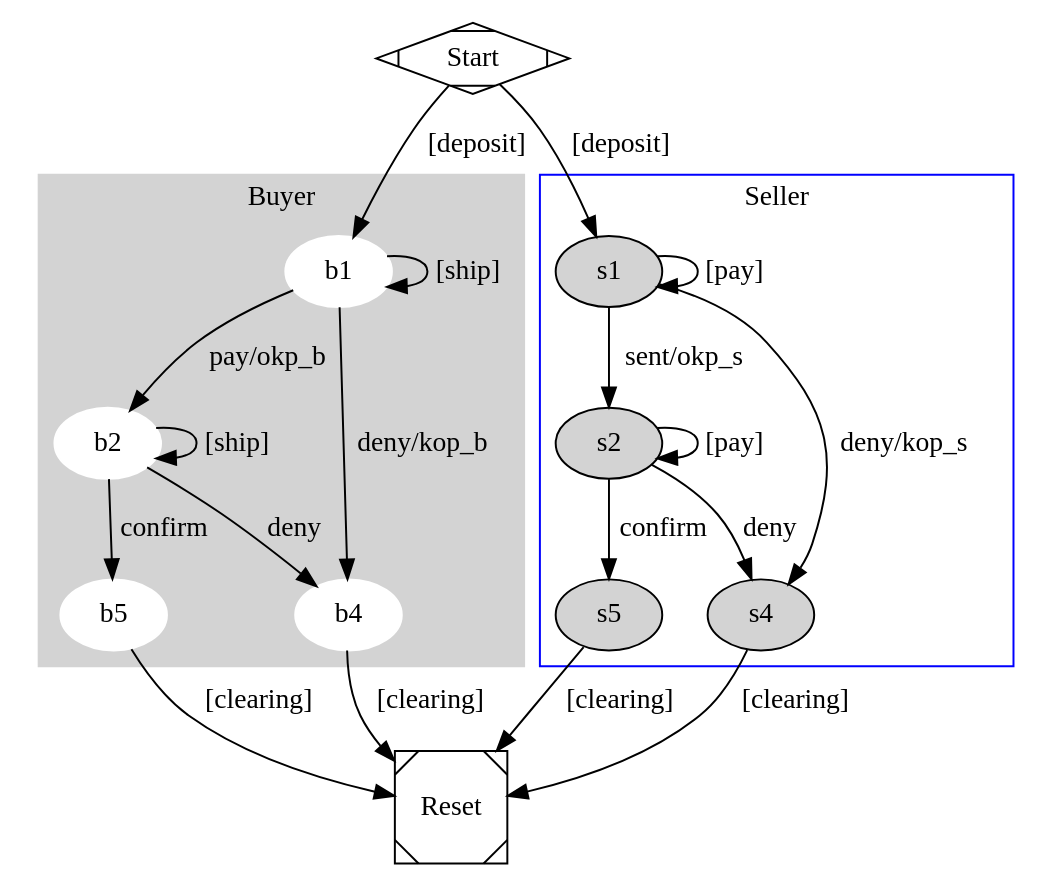
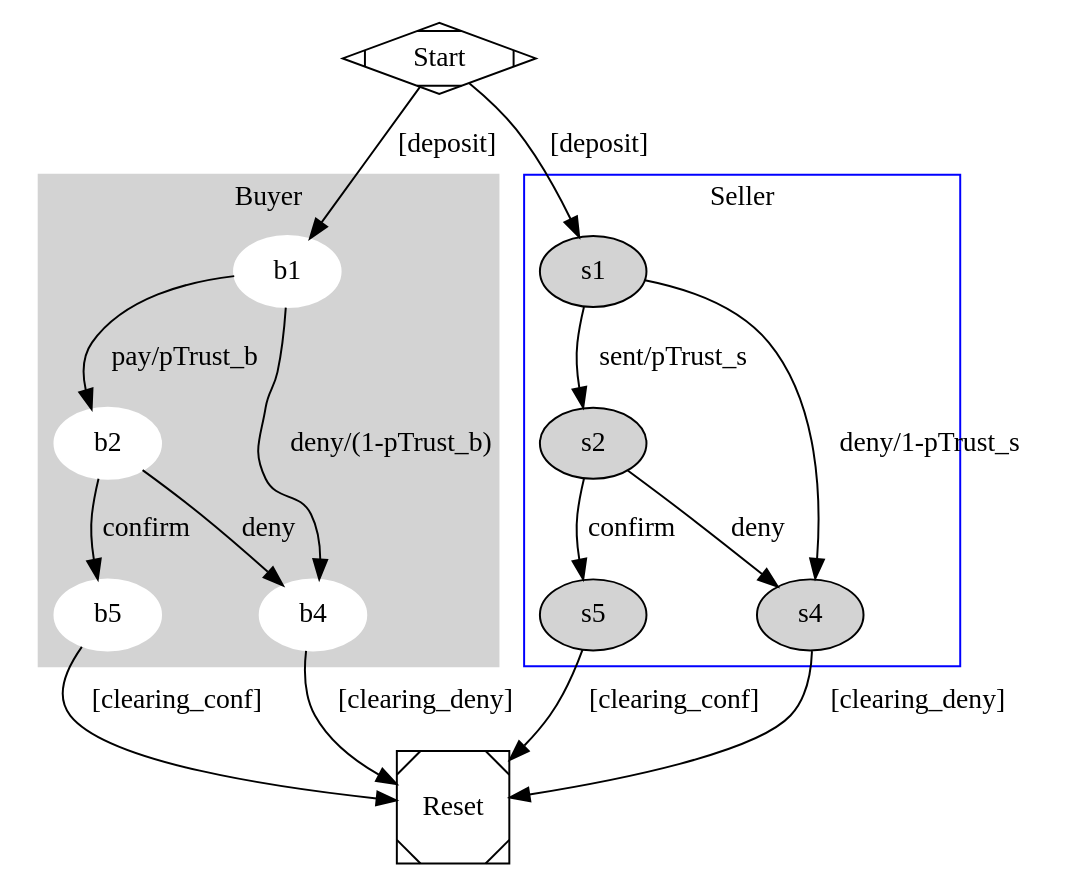
The diagram in model-checking/graph1.gv (mohsen158/health-z), drawn with Graphviz before and after one commit.

Commit message:
model checker updated

```diff
--- a/model-checking/graph1.gv
+++ b/model-checking/graph1.gv
@@ -1,50 +1,50 @@
 
         
     digraph G {
 
         subgraph cluster_0 {
             style=filled;
             color=lightgrey;
             node [style=filled,color=white];
 
             // b1 -> b1  [ label = "[ship]" ];
-            b1 -> b2 [label = "pay/okp_b" ];
-            b2 -> b2 [label = "[ship]" ];
-            b1-> b1 [label = "[ship]" ];
-            b1 -> b4 [label="deny/kop_b"];
+            b1 -> b2 [label = "pay/pTrust_b" ];
+            // b2 -> b2 [label = "[ship]" ];
+            // b1-> b1 [label = "[ship]" ];
+            b1 -> b4 [label="deny/(1-pTrust_b)"];
             b2->b4[label="deny"];
             b2->b5 [label="confirm"];
              
          
 
             label = "Buyer";
         }
 
         subgraph cluster_1 {
             node [style=filled];
 
             // s1 -> s1  [ label = "[pay]" ];
-            s1 -> s2 [label = "sent/okp_s" ];
-            s2 -> s2 [label = "[pay]" ];
-            s1 -> s1 [label = "[pay]" ];
-             s1 -> s4 [label="deny/kop_s"];
+            s1 -> s2 [label = "sent/pTrust_s" ];
+            // s2 -> s2 [label = "[pay]" ];
+            // s1 -> s1 [label = "[pay]" ];
+             s1 -> s4 [label="deny/1-pTrust_s"];
             s2->s4[label="deny"];
             s2->s5 [label="confirm"];
             
             
 
             label = "Seller";
             color=blue
         }
 
         Start -> s1 [ label = "[deposit]" ];
         Start -> b1 [ label = "[deposit]" ];
         
-        b5 -> Reset [label = "[clearing]  " ];
-        b4 -> Reset [label = "[clearing]  " ];
-        s4 -> Reset [label = "[clearing] " ];
-        s5 -> Reset [label = "[clearing] " ];
+        b5 -> Reset [label = "[clearing_conf]  " ];
+        b4 -> Reset [label = "[clearing_deny]  " ];
+        s4 -> Reset [label = "[clearing_deny] " ];
+        s5 -> Reset [label = "[clearing_conf] " ];
         
         Start [shape=Mdiamond];
         Reset [shape=Msquare];
         }
```
